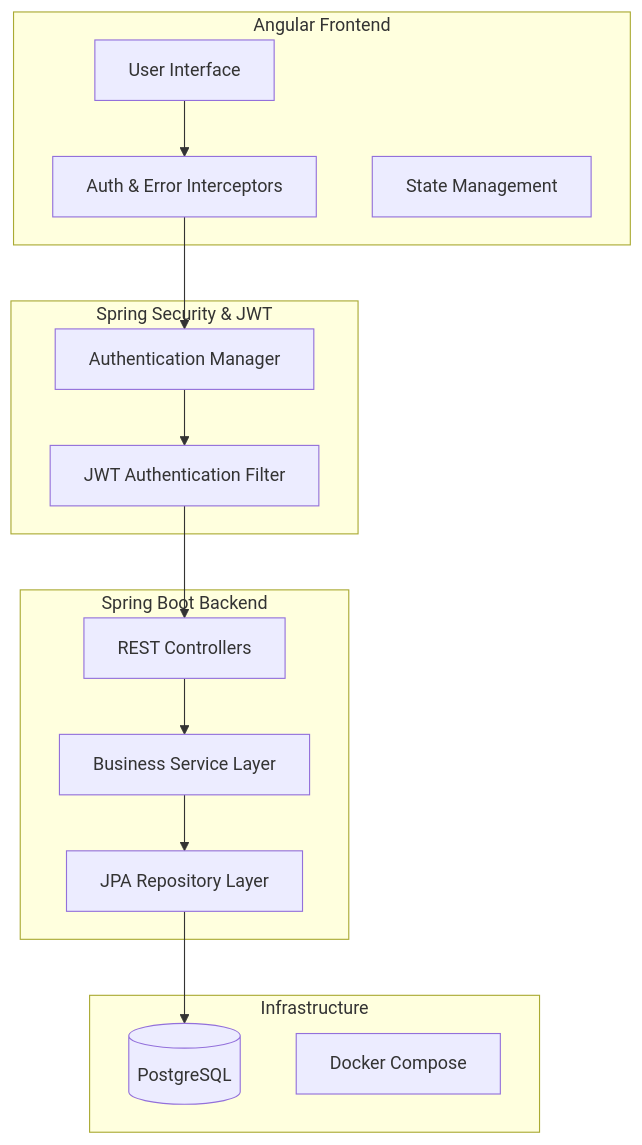
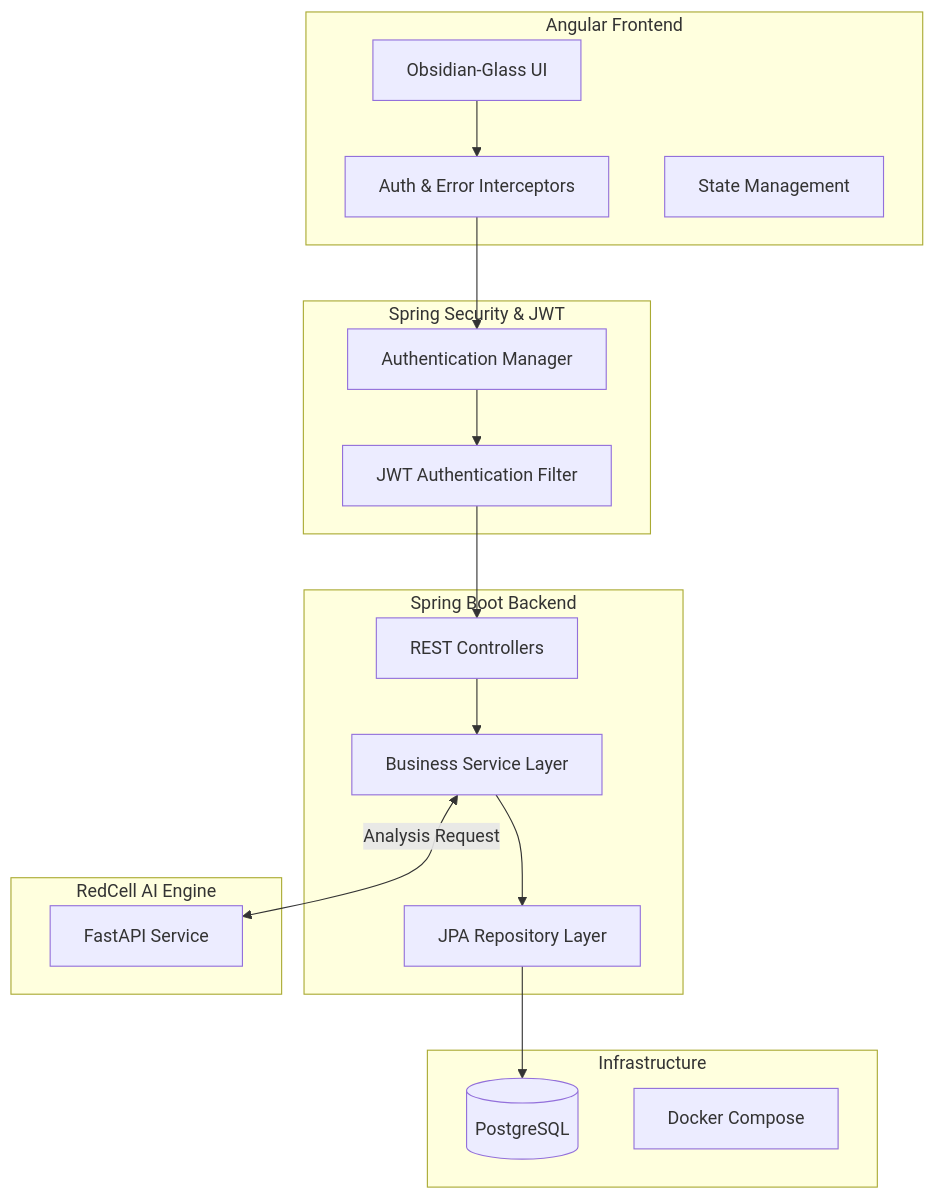
Before and after one commit to Mariemabesi/bna-defense-management: the diagram in README.md, drawn with Mermaid. The commit also changed other lines of this file and 4 other files, not shown here.

Commit message:
Update README with architectural changes and revert gitignore

````diff
--- a/README.md
+++ b/README.md
@@ -16,32 +17,37 @@
 ```mermaid
 graph TD
     subgraph Frontend_Layer [Angular Frontend]
-        UI[User Interface]
+        UI[Obsidian-Glass UI]
         Interceptors[Auth & Error Interceptors]
         Store[State Management]
     end
 
     subgraph Security_Layer [Spring Security & JWT]
         Auth[Authentication Manager]
         JWTFilter[JWT Authentication Filter]
     end
 
     subgraph Backend_Layer [Spring Boot Backend]
         Controller[REST Controllers]
         Service[Business Service Layer]
         Repository[JPA Repository Layer]
     end
+    
+    subgraph AI_Layer [RedCell AI Engine]
+        FastAPI[FastAPI Service]
+    end
 
     subgraph Data_Layer [Infrastructure]
         DB[(PostgreSQL)]
         Docker[Docker Compose]
     end
 
     UI --> Interceptors
     Interceptors --> Auth
     Auth --> JWTFilter
     JWTFilter --> Controller
     Controller --> Service
     Service --> Repository
     Repository --> DB
+    Service <-->|Analysis Request| FastAPI
 ```
````
